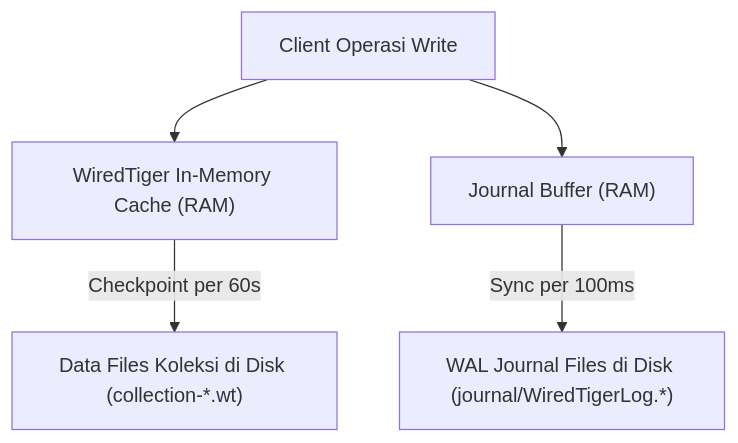
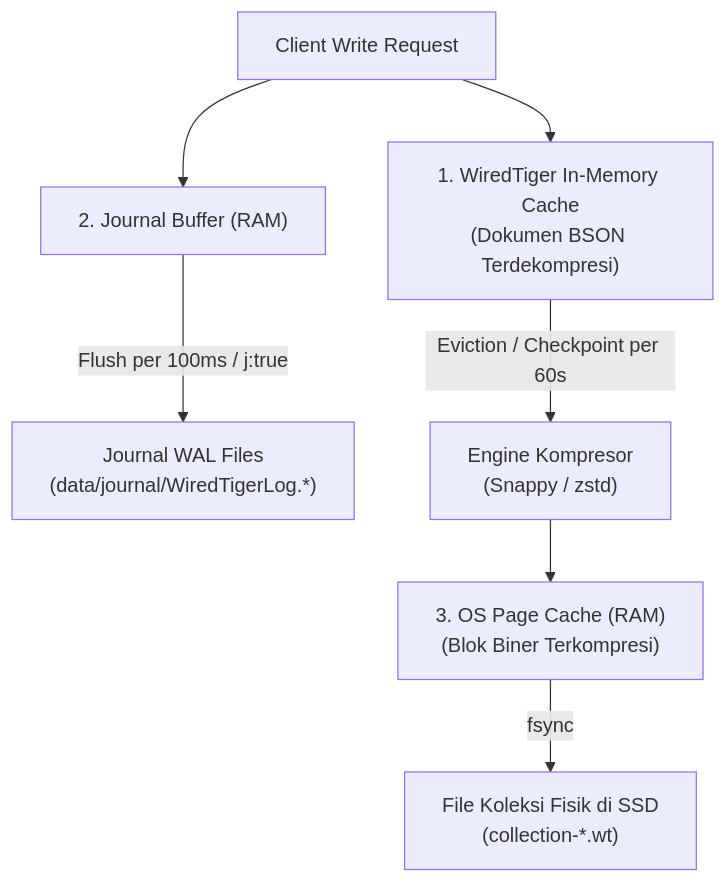
One commit to exa31/learning-docs changed the first of 3 diagrams in src/content/docs/mongodb/05-wiredtiger-storage-engine-internals.md. Above: the diagram before and after it, drawn with Mermaid. The commit also changed other lines of this file and 7 other files, not shown here.

````diff
--- a/src/content/docs/mongodb/05-wiredtiger-storage-engine-internals.md
+++ b/src/content/docs/mongodb/05-wiredtiger-storage-engine-internals.md
@@ -19,7 +16,11 @@
 ```mermaid
 flowchart TD
-    Client["Client Operasi Write"] --> Cache["WiredTiger In-Memory Cache (RAM)"]
-    Client --> JournalBuf["Journal Buffer (RAM)"]
-    JournalBuf -->|Sync per 100ms| JournalDisk["WAL Journal Files di Disk (journal/WiredTigerLog.*)"]
-    Cache -->|Checkpoint per 60s| DataFiles["Data Files Koleksi di Disk (collection-*.wt)"]
+    Client["Client Write Request"] --> WTCache["1. WiredTiger In-Memory Cache\n(Dokumen BSON Terdekompresi)"]
+    Client --> JBuffer["2. Journal Buffer (RAM)"]
+    
+    JBuffer -->|Flush per 100ms / j:true| DiskJournal["Journal WAL Files\n(data/journal/WiredTigerLog.*)"]
+    
+    WTCache -->|Eviction / Checkpoint per 60s| Compressor["Engine Kompresor\n(Snappy / zstd)"]
+    Compressor --> OSCache["3. OS Page Cache (RAM)\n(Blok Biner Terkompresi)"]
+    OSCache -->|fsync| DiskWT["File Koleksi Fisik di SSD\n(collection-*.wt)"]
 ```
````
